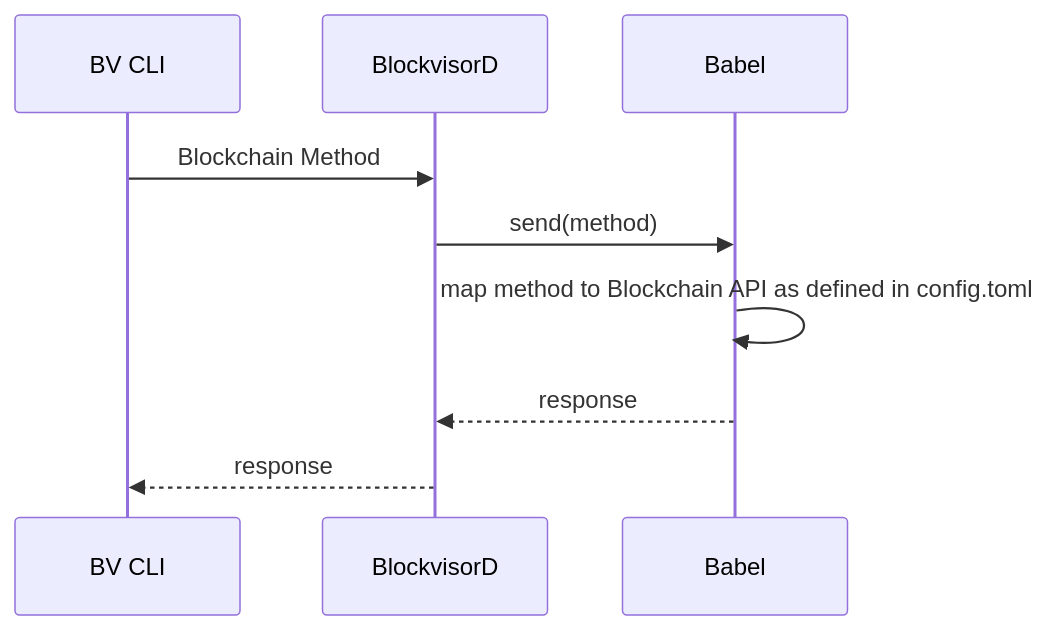
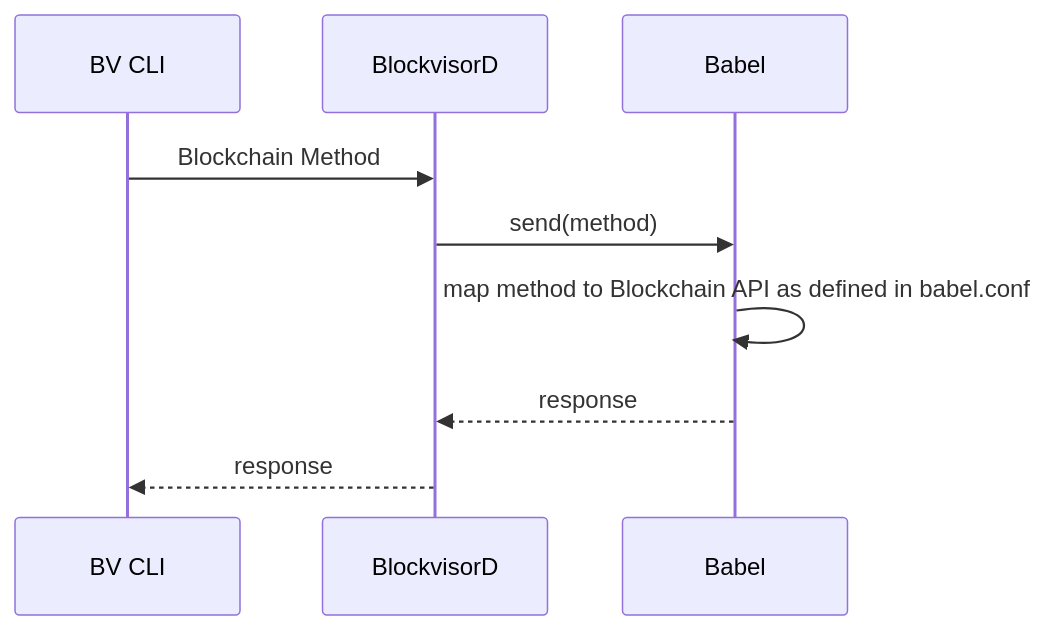
The fourth of 7 diagrams in README.md (nodexeus/blockvisor), drawn with Mermaid before and after one commit. The commit also changed other lines of this file and 3 other files, not shown here.

````diff
--- a/README.md
+++ b/README.md
@@ -124,12 +153,12 @@
 ```mermaid
 sequenceDiagram
     participant cli as BV CLI
     participant bv as BlockvisorD
     participant babel as Babel
 
     cli->>bv: Blockchain Method
     bv->>babel: send(method)
-    babel->>babel: map method to Blockchain API as defined in config.toml
+    babel->>babel: map method to Blockchain API as defined in babel.conf
     babel-->>bv: response
     bv-->>cli: response
 ```
````
